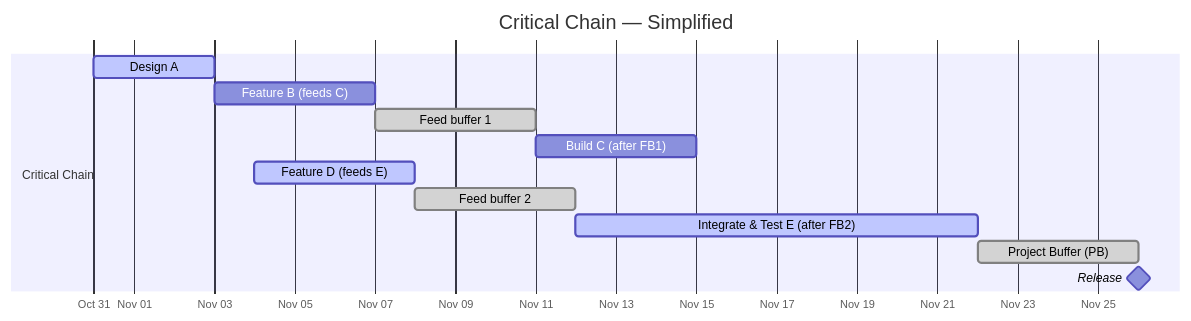
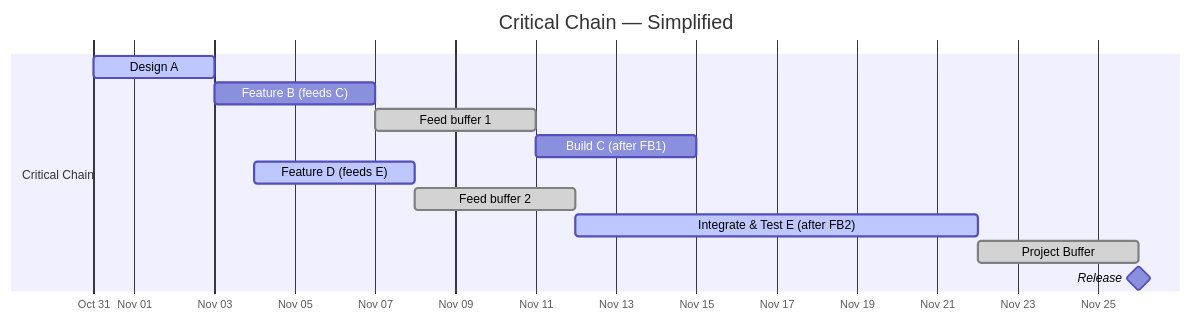
One commit to msdbok/msdbok.github.io changed the third of 3 diagrams in content/plan/activities.md. Above: the diagram before and after it, drawn with Mermaid.

````diff
--- a/content/plan/activities.md
+++ b/content/plan/activities.md
@@ -205,23 +205,23 @@
 ```mermaid
 gantt
     title Critical Chain — Simplified
     dateFormat  YYYY-MM-DD
     axisFormat  %b %d
 
 
 
     section Critical Chain
     Design A                      :active, a2,           2025-10-31, 3d
 
     Feature B (feeds C)           :b2,           2025-11-03, 4d
     Feed buffer 1             :done, fb1b,         after b2,   4d
     
     Build C (after FB1)           :c2,           after fb1b, 4d
 
     Feature D (feeds E)           :active, d2,           2025-11-04, 4d
     Feed buffer 2           :done, fb2b,         after d2,   4d
     Integrate & Test E (after FB2):active, e2,           after fb2b, 10d
-    Project Buffer (PB)           :done, pb2,          after e2,   4d
+    Project Buffer           :done, pb2,          after e2,   4d
     Release                       :milestone,    after pb2,  0d
     
 ```
````
